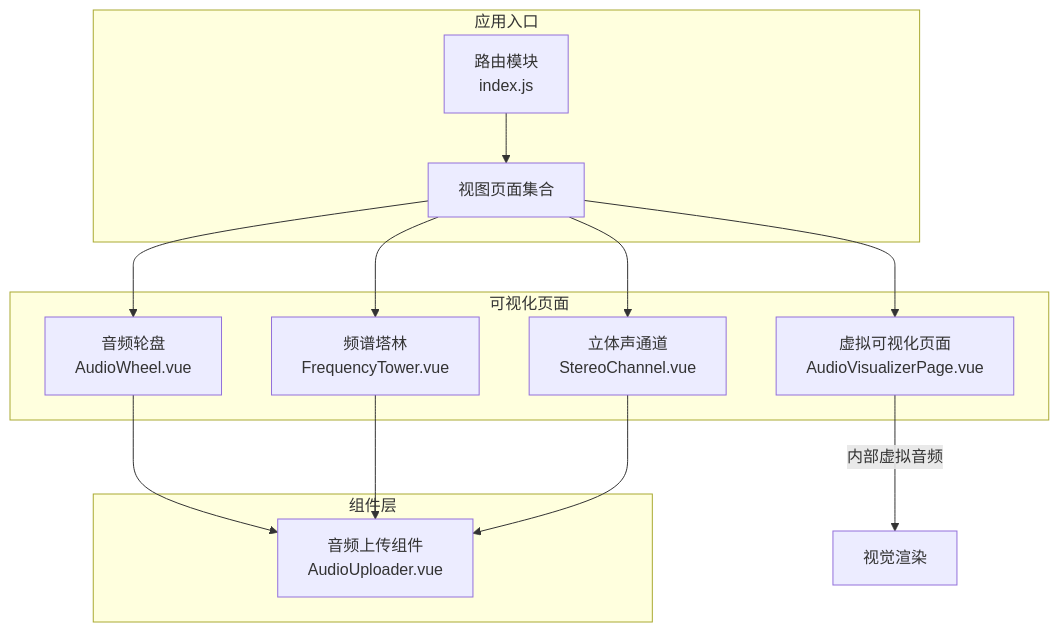
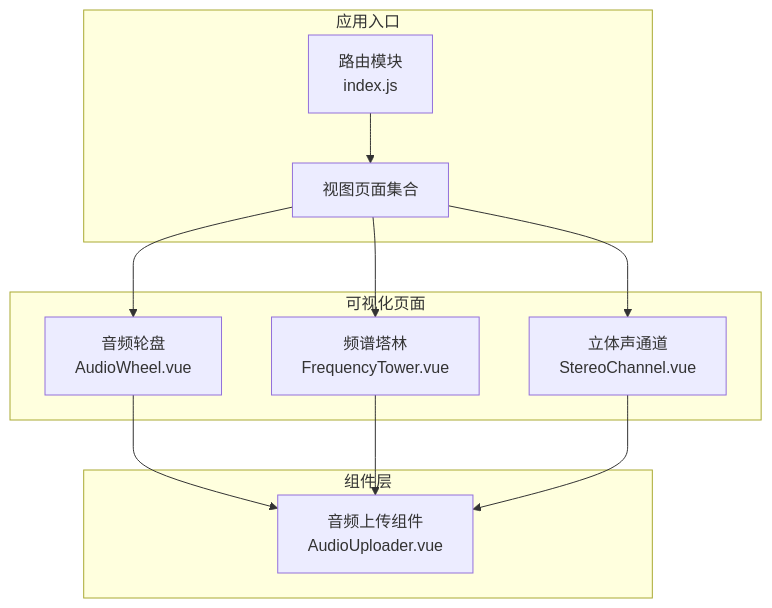
Before and after one commit to yuyezhizhi/yuyezhizhi.github.io: the first of 4 diagrams in .qoder/repowiki/zh/content/核心组件/音频上传组件.md, drawn with Mermaid. The commit also changed other lines of this file and 6 other files, not shown here.

````diff
--- a/.qoder/repowiki/zh/content/核心组件/音频上传组件.md
+++ b/.qoder/repowiki/zh/content/核心组件/音频上传组件.md
@@ -47,25 +45,22 @@
 ```mermaid
 graph TB
 subgraph "应用入口"
 Router["路由模块<br/>index.js"]
 Views["视图页面集合"]
 end
 subgraph "组件层"
 Uploader["音频上传组件<br/>AudioUploader.vue"]
 end
 subgraph "可视化页面"
 Wheel["音频轮盘<br/>AudioWheel.vue"]
 Tower["频谱塔林<br/>FrequencyTower.vue"]
 Stereo["立体声通道<br/>StereoChannel.vue"]
-Visualizer["虚拟可视化页面<br/>AudioVisualizerPage.vue"]
 end
 Router --> Views
 Views --> Wheel
 Views --> Tower
 Views --> Stereo
-Views --> Visualizer
 Wheel --> Uploader
 Tower --> Uploader
 Stereo --> Uploader
-Visualizer --> |内部虚拟音频| 视觉渲染
 ```
````
